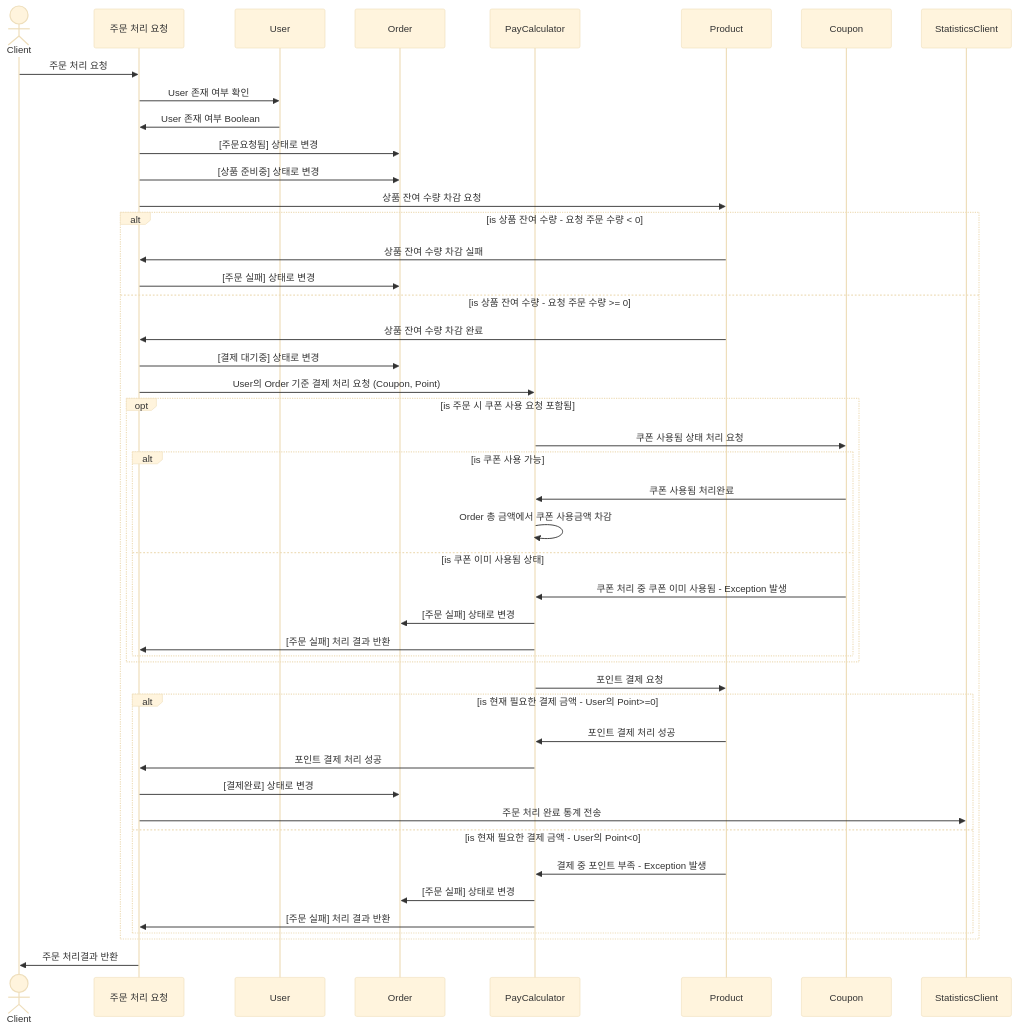
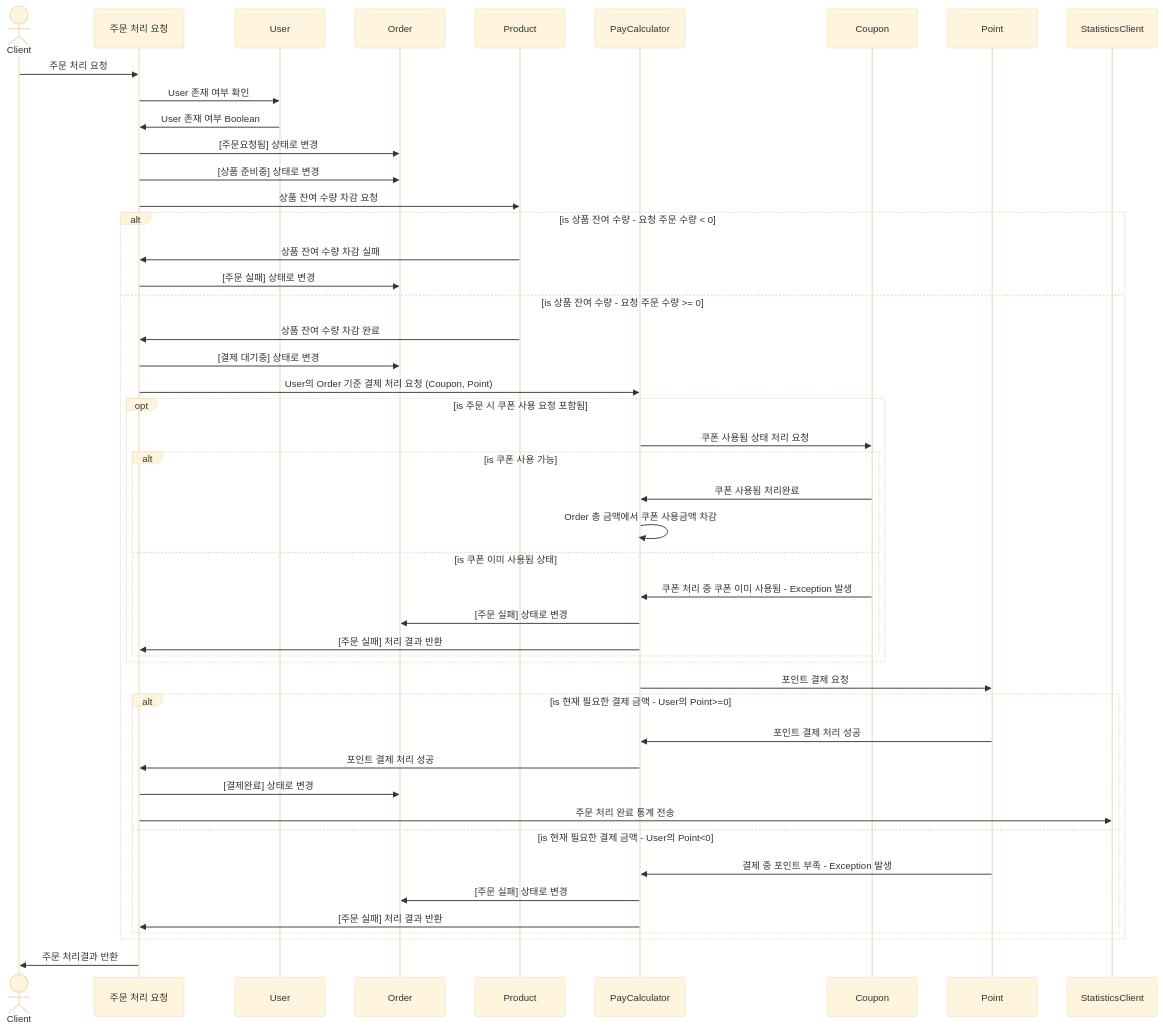
One commit to lostcatbox/hhplus-e-commerce-server changed the diagram in docs/sequence-diagram/order-order-scenario.mermaid. Above: the diagram before and after it, drawn with Mermaid (base theme).

Commit message:
[Docs] 항해 2주차 이커머스 시퀀스 다이어그램 수정

```diff
--- a/docs/sequence-diagram/order-order-scenario.mermaid
+++ b/docs/sequence-diagram/order-order-scenario.mermaid
@@ -1,48 +1,48 @@
 sequenceDiagram
     actor Client
     participant OPR as 주문 처리 요청
     participant URS as User
     participant ORS as Order
+    participant PTS as Product
     participant PYS as PayCalculator
-    participant PTS as Point
     participant CNS as Coupon
-    participant PTS as Product
+    participant POTS as Point
     participant SSC as StatisticsClient
     Client->>OPR: 주문 처리 요청
     OPR->>URS: User 존재 여부 확인
     URS->>OPR: User 존재 여부 Boolean
     OPR->>ORS: [주문요청됨] 상태로 변경
     OPR->>ORS: [상품 준비중] 상태로 변경
     OPR->>PTS: 상품 잔여 수량 차감 요청
     alt is 상품 잔여 수량 - 요청 주문 수량 < 0
-PTS->>OPR: 상품 잔여 수량 차감 실패
-OPR->>ORS: [주문 실패] 상태로 변경
+    PTS->>OPR: 상품 잔여 수량 차감 실패
+    OPR->>ORS: [주문 실패] 상태로 변경
     else is 상품 잔여 수량 - 요청 주문 수량 >= 0
         PTS->>OPR: 상품 잔여 수량 차감 완료
         OPR->>ORS: [결제 대기중] 상태로 변경
         OPR->>PYS : User의 Order 기준 결제 처리 요청 (Coupon, Point)
         opt is 주문 시 쿠폰 사용 요청 포함됨
         PYS ->>CNS : 쿠폰 사용됨 상태 처리 요청
         alt is 쿠폰 사용 가능
         CNS->>PYS : 쿠폰 사용됨 처리완료
         PYS->>PYS : Order 총 금액에서 쿠폰 사용금액 차감
         else is 쿠폰 이미 사용됨 상태
         CNS->>PYS : 쿠폰 처리 중 쿠폰 이미 사용됨 - Exception 발생
         PYS->>ORS : [주문 실패] 상태로 변경
         PYS->> OPR : [주문 실패] 처리 결과 반환
         end
         end
-        PYS->>PTS : 포인트 결제 요청
+        PYS->>POTS : 포인트 결제 요청
         alt is 현재 필요한 결제 금액 - User의 Point>=0
-        PTS->>PYS : 포인트 결제 처리 성공
+            POTS->>PYS : 포인트 결제 처리 성공
         PYS->>OPR : 포인트 결제 처리 성공
         OPR->>ORS: [결제완료] 상태로 변경
         OPR->>SSC: 주문 처리 완료 통계 전송
         else is 현재 필요한 결제 금액 - User의 Point<0
-        PTS->>PYS : 결제 중 포인트 부족 - Exception 발생
+            POTS->>PYS : 결제 중 포인트 부족 - Exception 발생
         PYS->>ORS : [주문 실패] 상태로 변경
         PYS->> OPR : [주문 실패] 처리 결과 반환
         end
     end
 
     OPR->>Client: 주문 처리결과 반환
```
